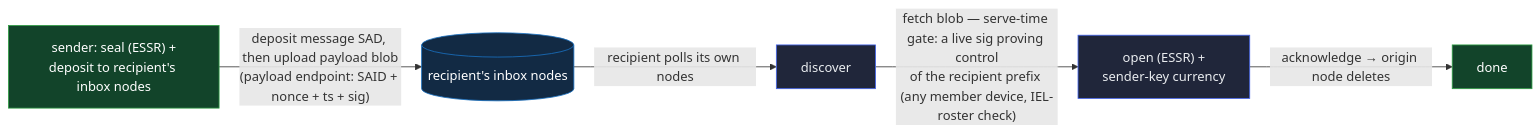
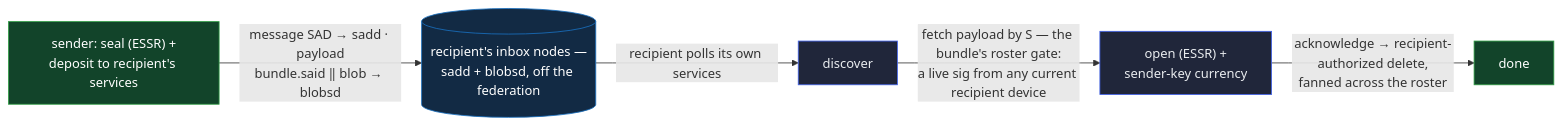
One commit to jasoncolburne/vdti changed the second of 2 diagrams in docs/design/features/exchange.md. Above: the diagram before and after it, drawn with Mermaid. The commit also changed other lines of this file and 79 other files, not shown here.

````diff
--- a/docs/design/features/exchange.md
+++ b/docs/design/features/exchange.md
@@ -222,12 +246,12 @@
 ```mermaid
 flowchart LR
-  send["sender: seal (ESSR) +<br/>deposit to recipient's inbox nodes"]:::der
-  send -->|"deposit message SAD, then upload payload blob<br/>(payload endpoint: SAID + nonce + ts + sig)"| store[("recipient's inbox nodes")]:::store
-  store -->|"recipient polls its own nodes"| disc["discover"]:::dee
-  disc -->|"fetch blob — serve-time gate: a live sig proving control<br/>of the recipient prefix (any member device, IEL-roster check)"| open["open (ESSR) +<br/>sender-key currency"]:::dee
-  open -->|"acknowledge → origin node deletes"| done["done"]:::good
+  send["sender: seal (ESSR) +<br/>deposit to recipient's services"]:::der
+  send -->|"message SAD → sadd · payload<br/>bundle.said ‖ blob → blobsd"| store[("recipient's inbox nodes —<br/>sadd + blobsd, off the federation")]:::store
+  store -->|"recipient polls its own services"| disc["discover"]:::dee
+  disc -->|"fetch payload by S — the bundle's roster gate:<br/>a live sig from any current recipient device"| open["open (ESSR) +<br/>sender-key currency"]:::dee
+  open -->|"acknowledge → recipient-authorized delete,<br/>fanned across the roster"| done["done"]:::good
   classDef der fill:#12442a,stroke:#2f9e44,color:#fff
   classDef store fill:#122a44,stroke:#1971c2,color:#fff
   classDef dee fill:#20263a,stroke:#4263eb,color:#e9ecef
   classDef good fill:#12442a,stroke:#2f9e44,color:#fff
 ```
````
